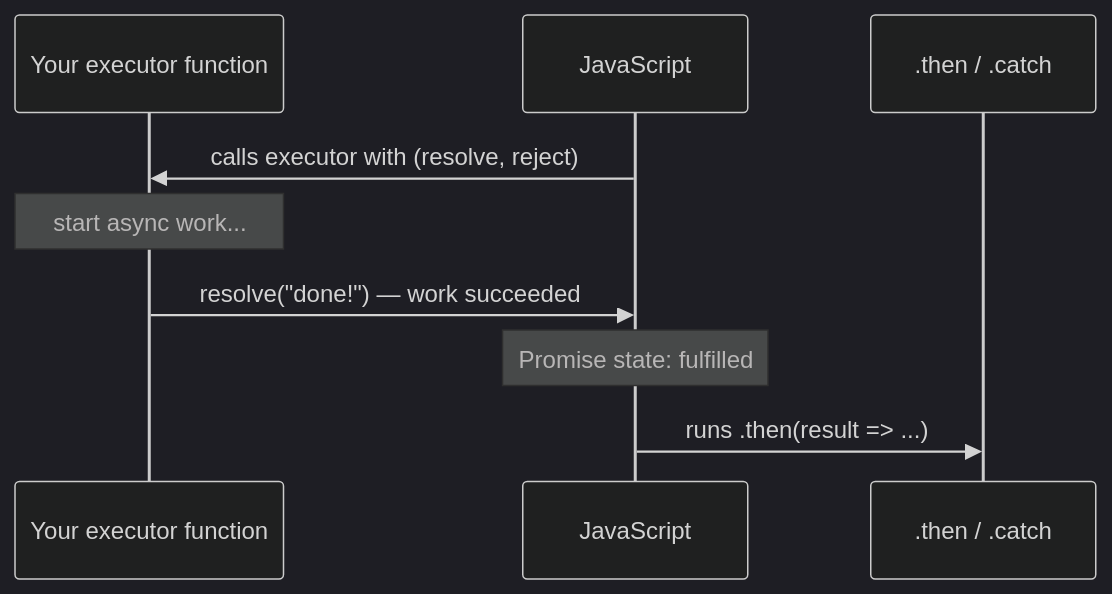
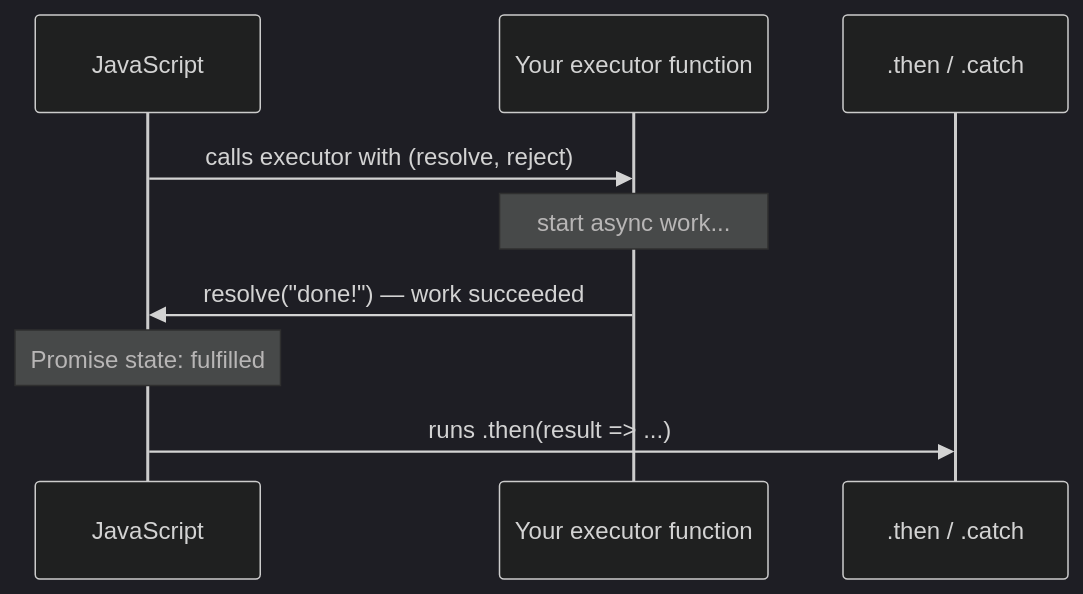
The second of 3 diagrams in 03-async-patterns/README.md (daturkel/learn-js-ts), drawn with Mermaid (dark theme) before and after one commit. The commit also changed other lines of this file, not shown here.

Commit message:
Fix Promise diagram participant order: JavaScript leftmost

````diff
--- a/03-async-patterns/README.md
+++ b/03-async-patterns/README.md
@@ -75,12 +75,12 @@
 ```mermaid
 sequenceDiagram
+    participant JS as JavaScript
     participant You as Your executor function
-    participant JS as JavaScript
     participant Handler as .then / .catch
 
     JS->>You: calls executor with (resolve, reject)
     Note over You: start async work...
     You->>JS: resolve("done!") — work succeeded
     Note over JS: Promise state: fulfilled
     JS->>Handler: runs .then(result => ...)
 ```
````
